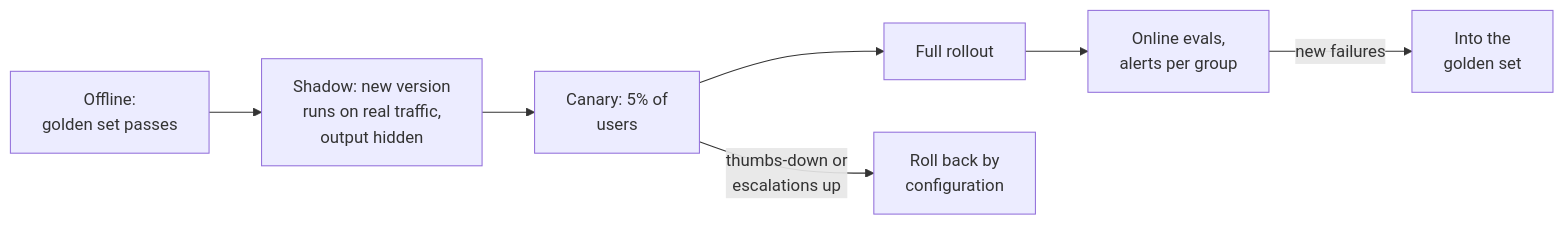
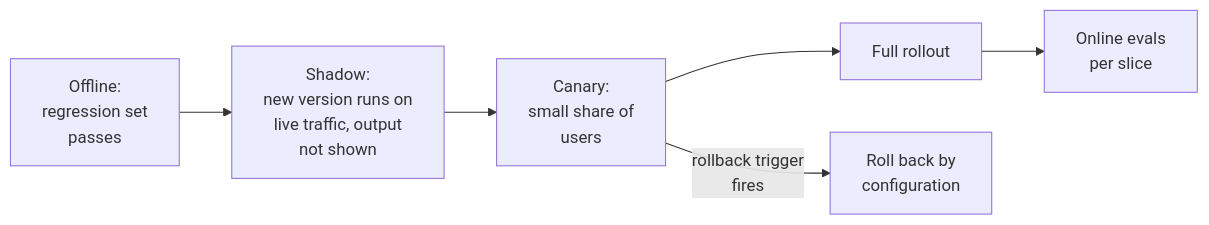
The fourth of 5 diagrams in src/Data/aiStackDocs/CH-09.md (shubamchaudhary/CodeNITW), drawn with Mermaid before and after one commit. The commit also changed other lines of this file and 5 other files, not shown here.

First line of the commit message:
AI Stack: evals section rewritten concept-first, with a mind map

````diff
--- a/src/Data/aiStackDocs/CH-09.md
+++ b/src/Data/aiStackDocs/CH-09.md
@@ -102,9 +126,8 @@
 ```mermaid
 flowchart LR
-    OF["Offline:<br/>golden set passes"] --> SH["Shadow: new version<br/>runs on real traffic,<br/>output hidden"]
-    SH --> CA["Canary: 5% of<br/>users"]
+    OF["Offline:<br/>regression set<br/>passes"] --> SH["Shadow:<br/>new version runs on<br/>live traffic, output<br/>not shown"]
+    SH --> CA["Canary:<br/>small share of<br/>users"]
     CA --> FU["Full rollout"]
-    CA -->|"thumbs-down or<br/>escalations up"| RB["Roll back by<br/>configuration"]
-    FU --> ON["Online evals,<br/>alerts per group"]
-    ON -->|"new failures"| GS["Into the<br/>golden set"]
+    CA -->|"rollback trigger<br/>fires"| RB["Roll back by<br/>configuration"]
+    FU --> ON["Online evals<br/>per slice"]
 ```
````
